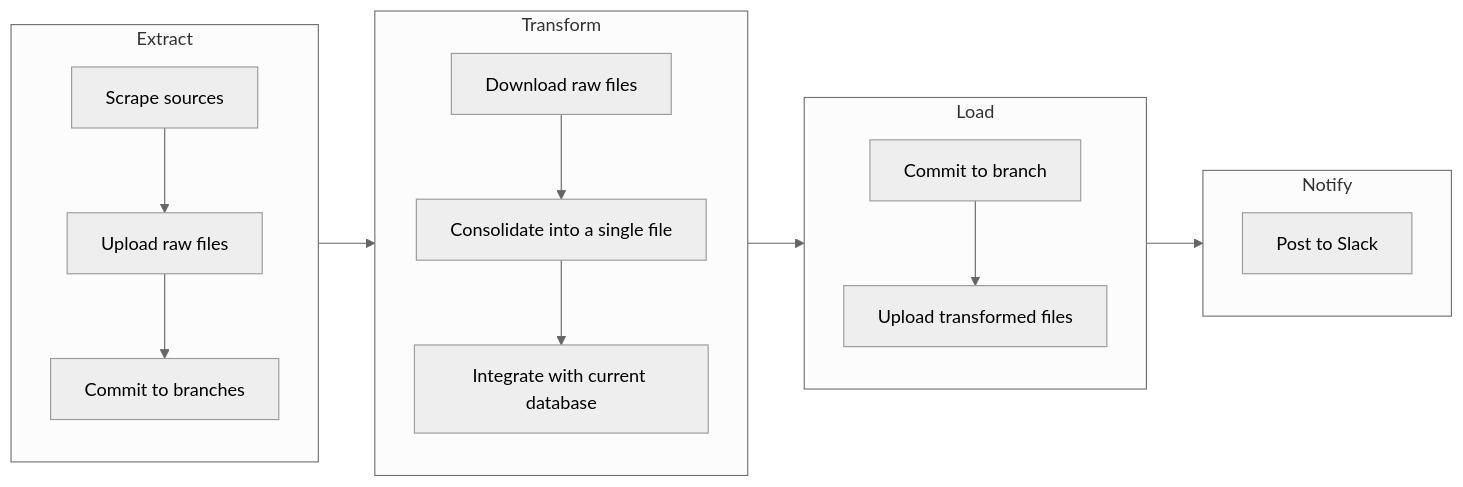
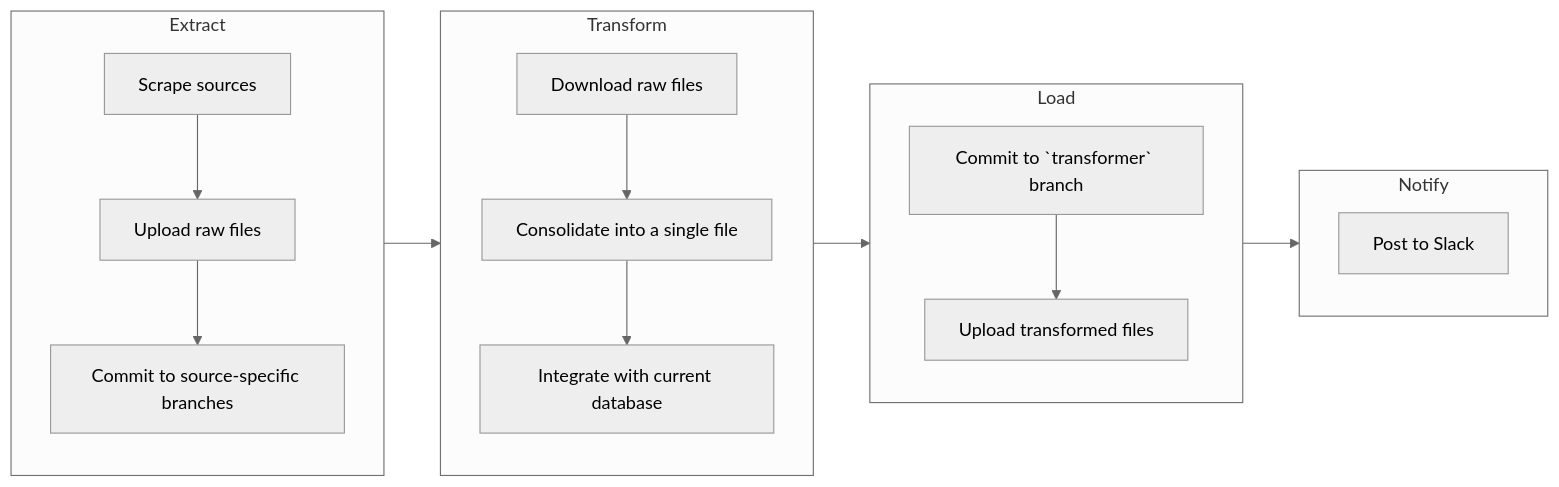
One commit to biglocalnews/warn-github-flow changed the diagram in README.md. Above: the diagram before and after it, drawn with Mermaid (neutral theme).

````diff
--- a/README.md
+++ b/README.md
@@ -12,20 +12,20 @@
 ```mermaid
 flowchart LR
     subgraph Extract
     A[Scrape sources] --> B[Upload raw files]
-    B --> C[Commit to branches]
+    B --> C[Commit to source-specific branches]
     end
     subgraph Transform
     D[Download raw files] --> E[Consolidate into a single file]
     E --> F[Integrate with current database]
     end
     subgraph Load
-    H[Commit to branch] --> I[Upload transformed files]
+    H[Commit to `transformer` branch] --> I[Upload transformed files]
     end
     subgraph Notify
     J[Post to Slack]
     end
     Extract --> Transform
     Transform --> Load
     Load --> Notify
 ```
````
